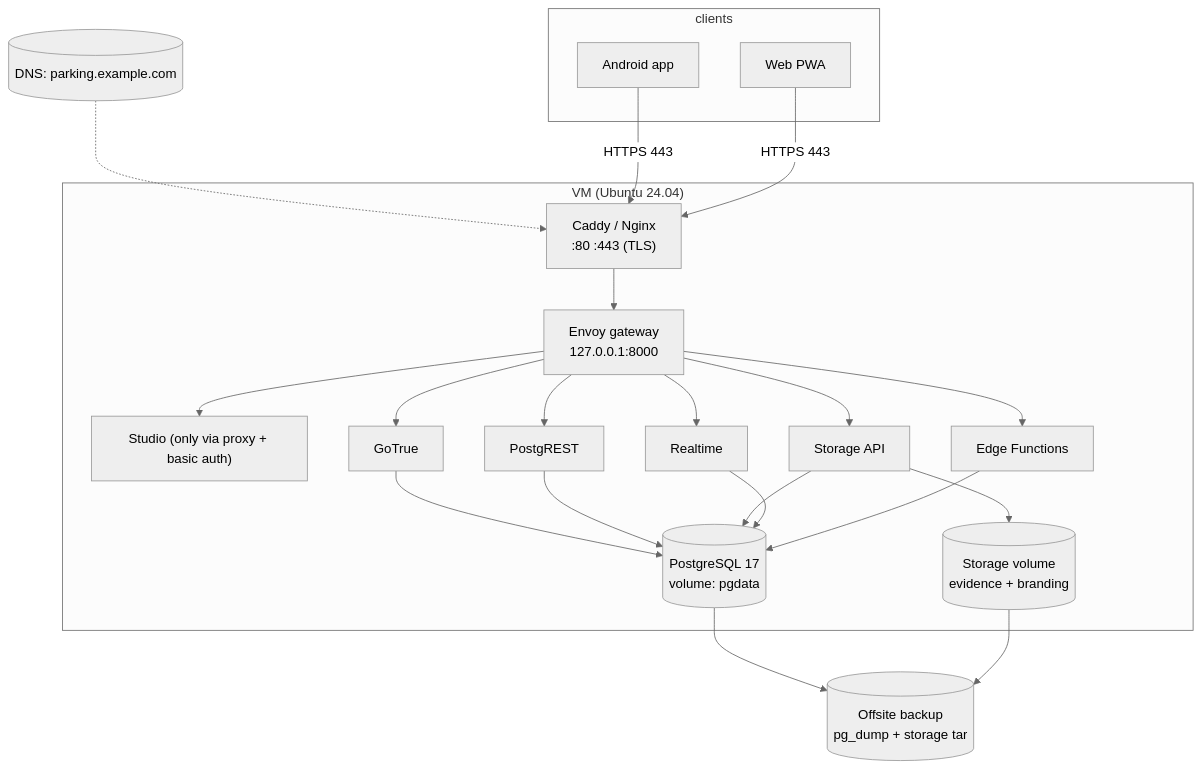
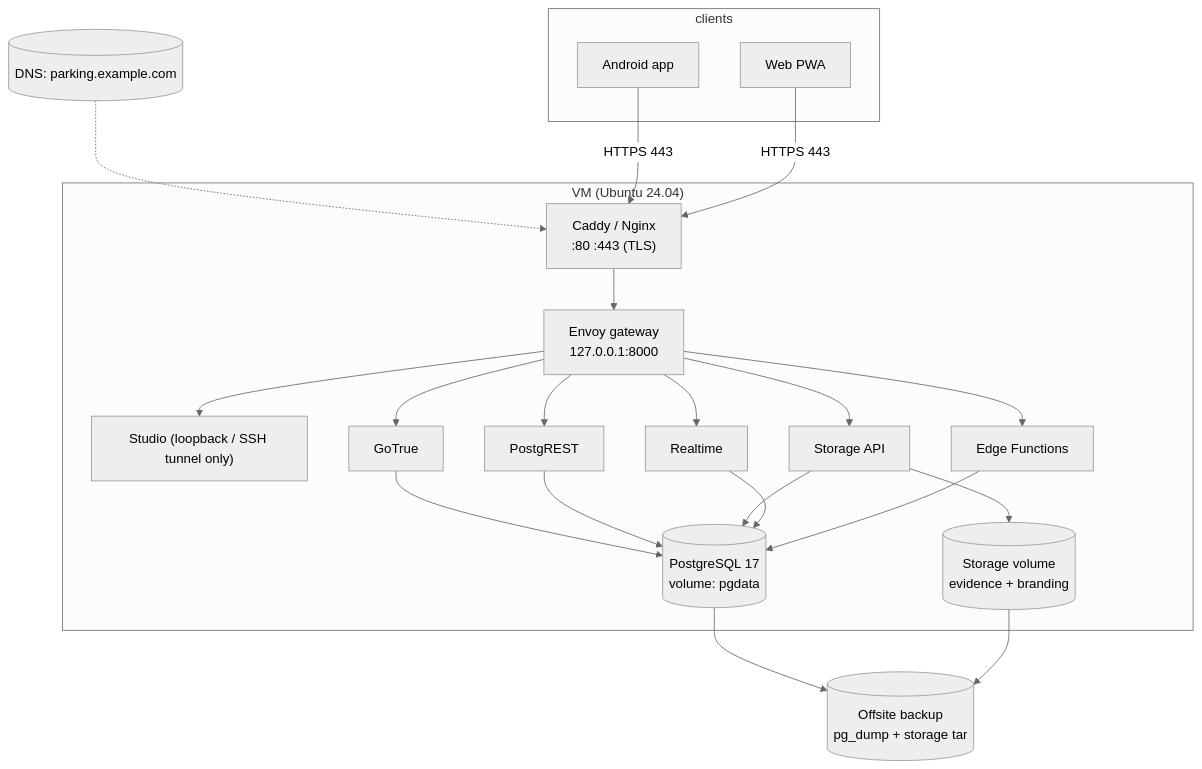
The diagram in docs/setup-cloud.md (paulmrg-461/parking_management), drawn with Mermaid (neutral theme) before and after one commit. The commit also changed other lines of this file and 8 other files, not shown here.

````diff
--- a/docs/setup-cloud.md
+++ b/docs/setup-cloud.md
@@ -7,33 +7,33 @@
 ```mermaid
 flowchart TB
   subgraph clients
     android[Android app]
     web[Web PWA]
   end
   dns[(DNS: parking.example.com)]
   dns -.-> proxy
 
   subgraph vm["VM (Ubuntu 24.04)"]
     proxy["Caddy / Nginx<br/>:80 :443 (TLS)"]
     gw["Envoy gateway<br/>127.0.0.1:8000"]
-    studio["Studio (only via proxy + basic auth)"]
+    studio["Studio (loopback / SSH tunnel only)"]
     auth[GoTrue]
     rest[PostgREST]
     storage[Storage API]
     realtime[Realtime]
     fn[Edge Functions]
     db[("PostgreSQL 17<br/>volume: pgdata")]
     files[("Storage volume<br/>evidence + branding")]
   end
 
   backup[(Offsite backup<br/>pg_dump + storage tar)]
 
   android -->|HTTPS 443| proxy
   web -->|HTTPS 443| proxy
   proxy --> gw
   gw --> studio & auth & rest & storage & realtime & fn
   auth & rest & storage & realtime & fn --> db
   storage --> files
   db --> backup
   files --> backup
 ```
````
